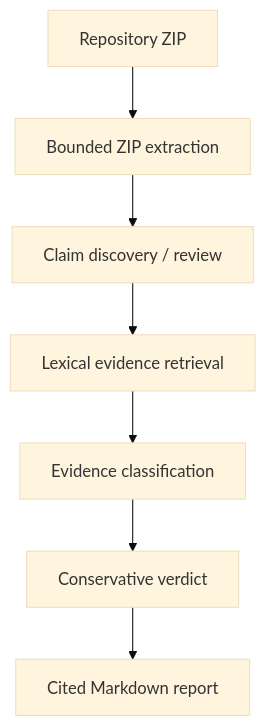
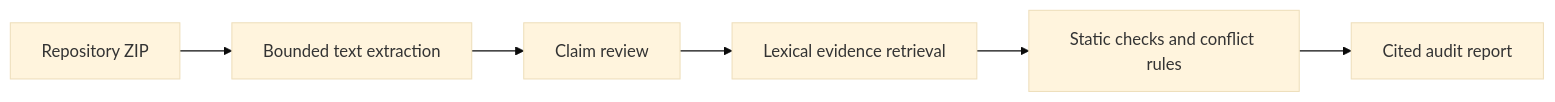
The diagram in README.md (TJA0308/Repo-Witness), drawn with Mermaid (base theme) before and after one commit. The commit also changed other lines of this file and 30 other files, not shown here.

````diff
--- a/README.md
+++ b/README.md
@@ -39,6 +85,8 @@
 ```mermaid
-flowchart TD
-    ZIP["Repository ZIP"] --> EXTRACT["Bounded ZIP extraction"] --> CLAIMS["Claim discovery / review"]
-    CLAIMS --> RETRIEVE["Lexical evidence retrieval"] --> CLASSIFY["Evidence classification"]
-    CLASSIFY --> VERDICT["Conservative verdict"] --> REPORT["Cited Markdown report"]
+flowchart LR
+    A[Repository ZIP] --> B[Bounded text extraction]
+    B --> C[Claim review]
+    C --> D[Lexical evidence retrieval]
+    D --> E[Static checks and conflict rules]
+    E --> F[Cited audit report]
 ```
````
